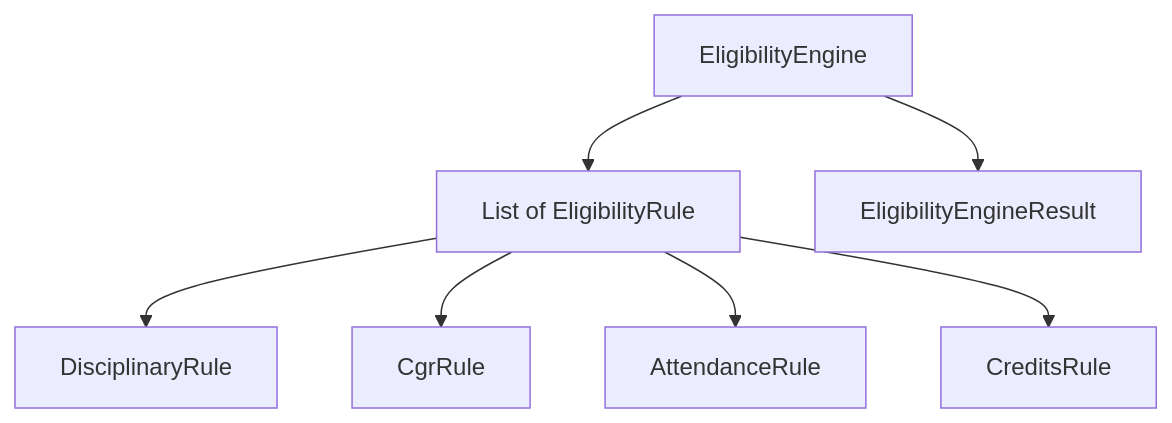
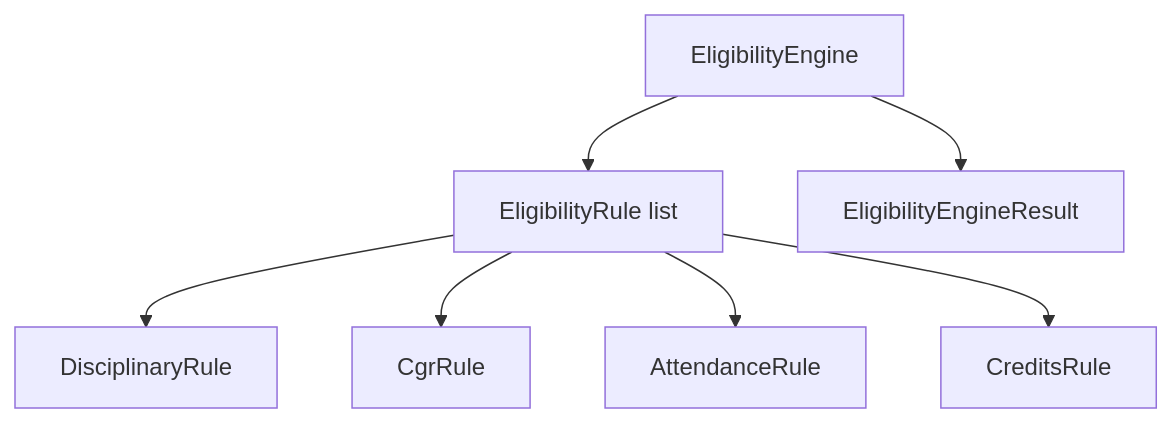
One commit to nothingtoworry786/Class_Assignment_SST changed the second of 2 diagrams in src/main/java/org/example/Assignment1/Answers/Ex3/README.md. Above: the diagram before and after it, drawn with Mermaid. The commit also changed other lines of this file and 26 other files, not shown here.

````diff
--- a/src/main/java/org/example/Assignment1/Answers/Ex3/README.md
+++ b/src/main/java/org/example/Assignment1/Answers/Ex3/README.md
@@ -22,9 +21,9 @@
 ```mermaid
 flowchart TD
-    EligibilityEngine --> Rules[List of EligibilityRule]
+    EligibilityEngine[EligibilityEngine] --> Rules[EligibilityRule list]
     Rules --> DisciplinaryRule
     Rules --> CgrRule
     Rules --> AttendanceRule
     Rules --> CreditsRule
     EligibilityEngine --> EligibilityEngineResult
 ```
````
